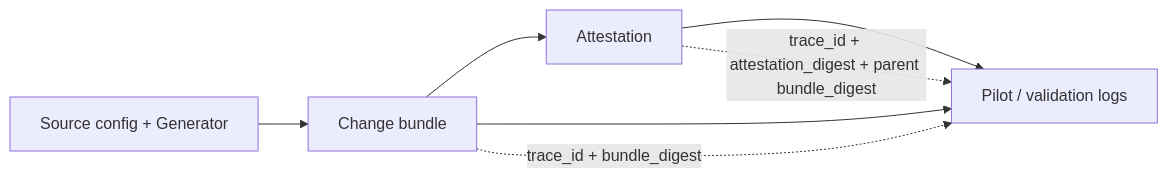
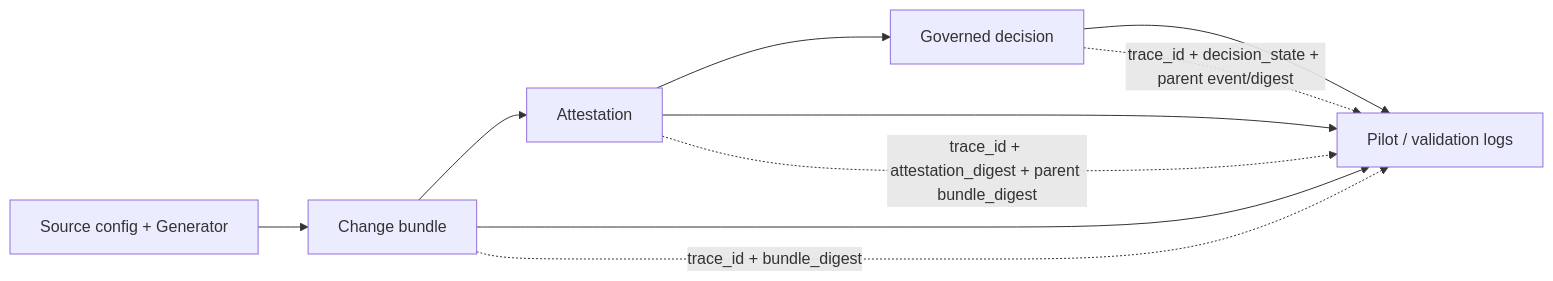
Before and after one commit to confighub/cub-gen: the diagram in docs/contracts/proof-events-and-traceability.md, drawn with Mermaid. The commit also changed other lines of this file and 13 other files, not shown here.

Commit message:
Trace governed decision proof events

````diff
--- a/docs/contracts/proof-events-and-traceability.md
+++ b/docs/contracts/proof-events-and-traceability.md
@@ -68,10 +78,13 @@
 ```mermaid
 flowchart LR
   source["Source config + Generator"] --> bundle["Change bundle"]
   bundle --> attestation["Attestation"]
+  attestation --> decision["Governed decision"]
   bundle --> logs["Pilot / validation logs"]
   attestation --> logs
+  decision --> logs
 
   bundle -. "trace_id + bundle_digest" .-> logs
   attestation -. "trace_id + attestation_digest + parent bundle_digest" .-> logs
+  decision -. "trace_id + decision_state + parent event/digest" .-> logs
 ```
````
